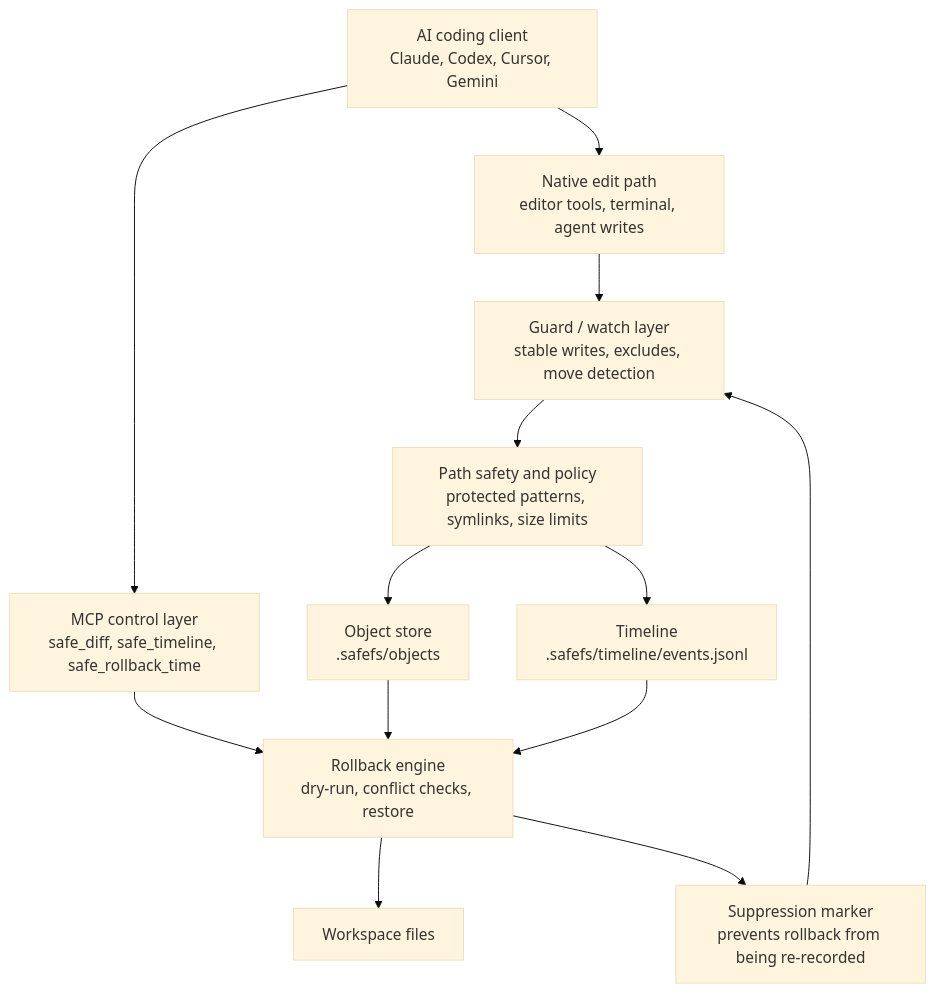
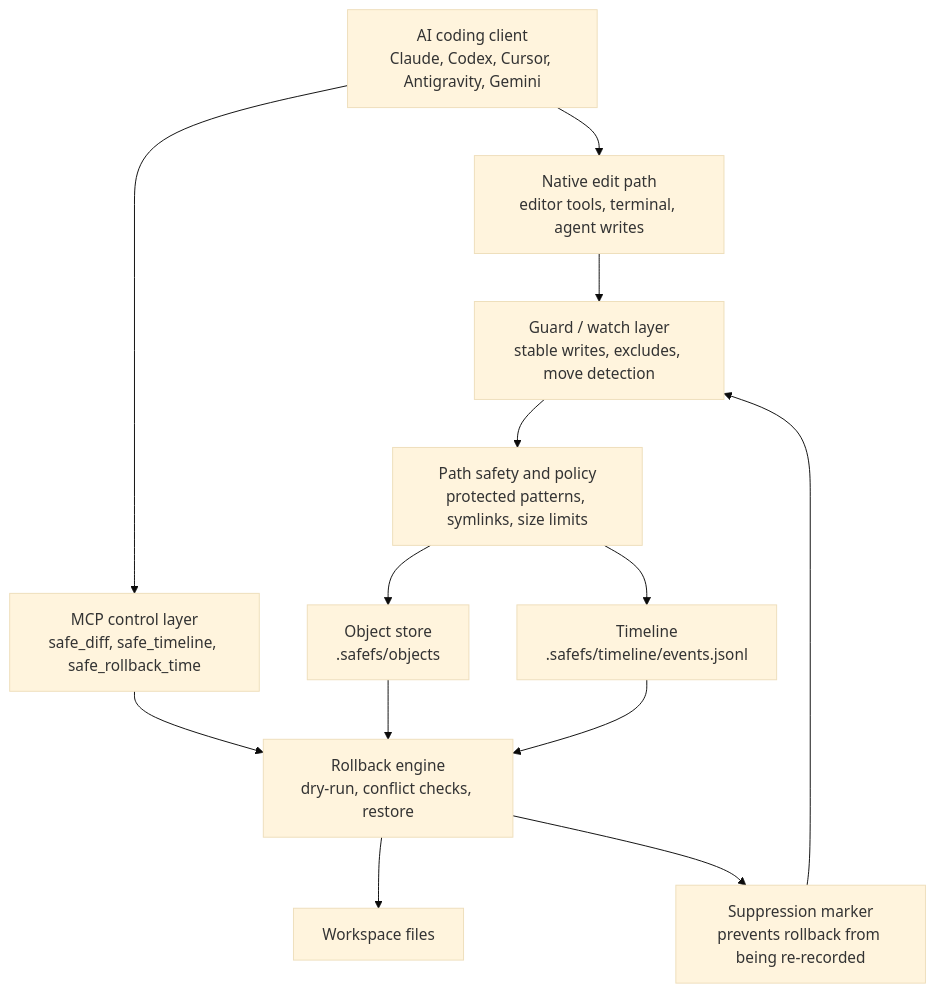
The diagram in README.md (TEKERGUL/safefs-mcp), drawn with Mermaid (base theme) before and after one commit. The commit also changed other lines of this file and 13 other files, not shown here.

````diff
--- a/README.md
+++ b/README.md
@@ -333,15 +355,15 @@
 ```mermaid
 flowchart TD
-  A["AI coding client<br/>Claude, Codex, Cursor, Gemini"] --> B["Native edit path<br/>editor tools, terminal, agent writes"]
+  A["AI coding client<br/>Claude, Codex, Cursor, Antigravity, Gemini"] --> B["Native edit path<br/>editor tools, terminal, agent writes"]
   A --> C["MCP control layer<br/>safe_diff, safe_timeline, safe_rollback_time"]
   B --> D["Guard / watch layer<br/>stable writes, excludes, move detection"]
   D --> E["Path safety and policy<br/>protected patterns, symlinks, size limits"]
   E --> F["Object store<br/>.safefs/objects"]
   E --> G["Timeline<br/>.safefs/timeline/events.jsonl"]
   C --> H["Rollback engine<br/>dry-run, conflict checks, restore"]
   F --> H
   G --> H
   H --> I["Workspace files"]
   H --> J["Suppression marker<br/>prevents rollback from being re-recorded"]
   J --> D
 ```
````
